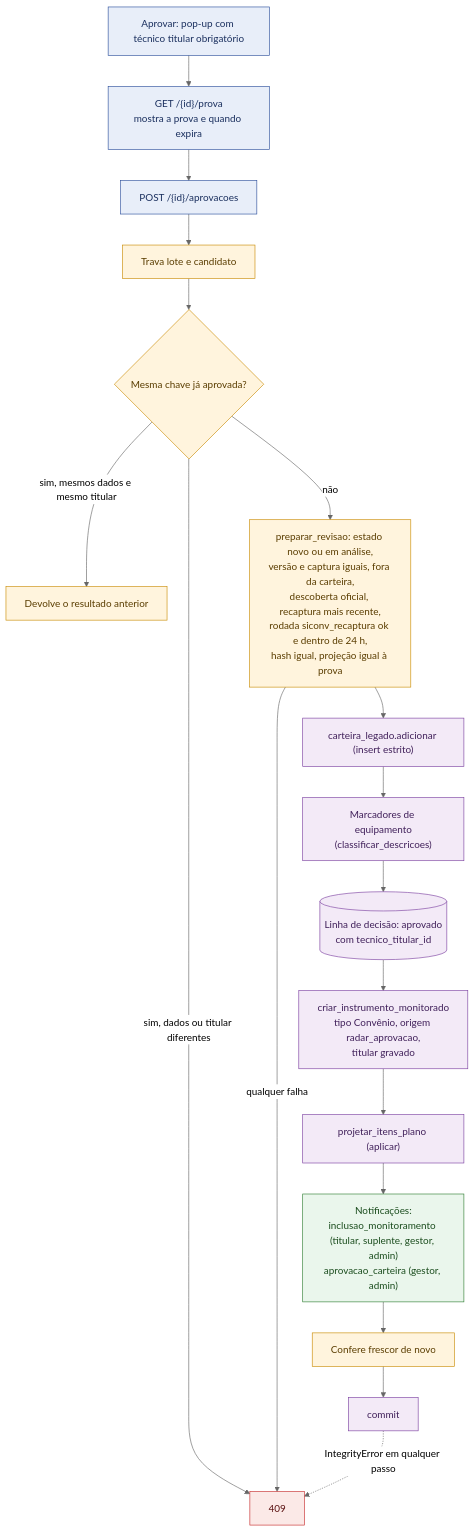
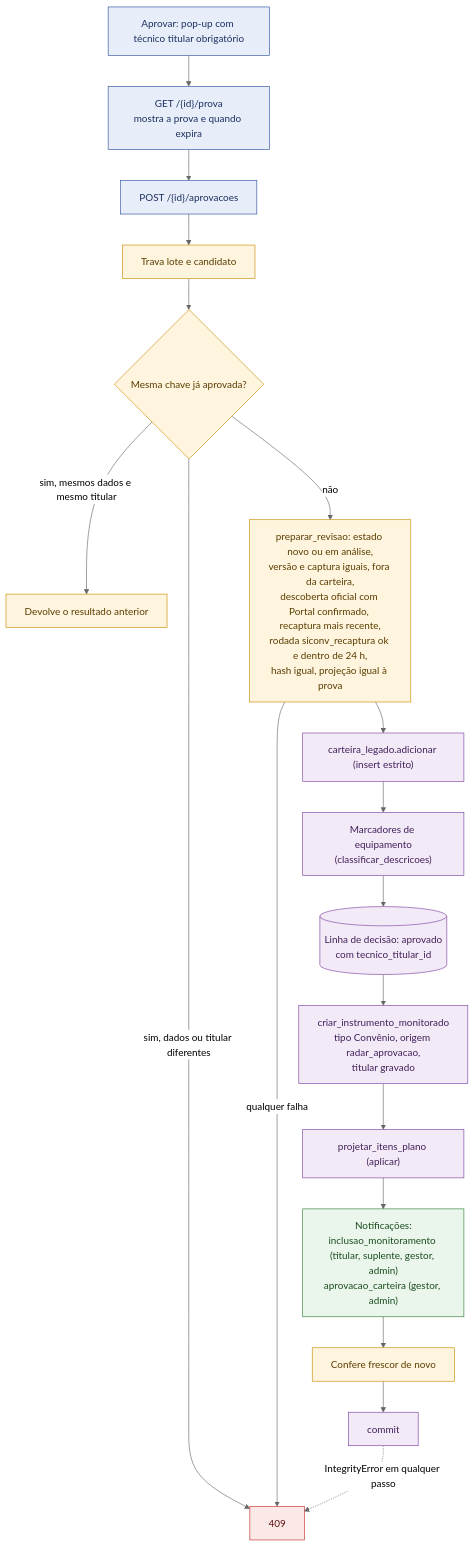
Before and after one commit to devs-ministerio/par_equipamentos: the ninth of 20 diagrams in docs/mermaid/radar-instrumentos.md, drawn with Mermaid (neutral theme). The commit also changed other lines of this file and 13 other files, not shown here.

````diff
--- a/docs/mermaid/radar-instrumentos.md
+++ b/docs/mermaid/radar-instrumentos.md
@@ -225,26 +225,26 @@
 ```mermaid
 flowchart TB
     classDef tela fill:#E8EEF9,stroke:#2A4D9B,color:#1a2f5e
     classDef regra fill:#FFF4DD,stroke:#C98A00,color:#5a3d00
     classDef dado fill:#F3EAF7,stroke:#7B3FA0,color:#40205a
     classDef erro fill:#FBE9E7,stroke:#C62828,color:#5a1010
     classDef aviso fill:#EAF6EC,stroke:#2E7D32,color:#1b4d1e
 
     UI["Aprovar: pop-up com técnico titular obrigatório"]:::tela --> PROVA["GET /{id}/prova<br/>mostra a prova e quando expira"]:::tela
     PROVA --> POST["POST /{id}/aprovacoes"]:::tela
     POST --> T1["Trava lote e candidato"]:::regra
     T1 --> RP{"Mesma chave já aprovada?"}:::regra
     RP -->|"sim, mesmos dados e mesmo titular"| IDEM["Devolve o resultado anterior"]:::regra
     RP -->|"sim, dados ou titular diferentes"| E1["409"]:::erro
-    RP -->|"não"| REV["preparar_revisao: estado novo ou em análise,<br/>versão e captura iguais, fora da carteira,<br/>descoberta oficial, recaptura mais recente,<br/>rodada siconv_recaptura ok e dentro de 24 h,<br/>hash igual, projeção igual à prova"]:::regra
+    RP -->|"não"| REV["preparar_revisao: estado novo ou em análise,<br/>versão e captura iguais, fora da carteira,<br/>descoberta oficial com Portal confirmado, recaptura mais recente,<br/>rodada siconv_recaptura ok e dentro de 24 h,<br/>hash igual, projeção igual à prova"]:::regra
     REV -->|"qualquer falha"| E1
     REV --> CART["carteira_legado.adicionar (insert estrito)"]:::dado
     CART --> MARC["Marcadores de equipamento<br/>(classificar_descricoes)"]:::dado
     MARC --> DECR[("Linha de decisão: aprovado<br/>com tecnico_titular_id")]:::dado
     DECR --> INST["criar_instrumento_monitorado<br/>tipo Convênio, origem radar_aprovacao,<br/>titular gravado"]:::dado
     INST --> ITP["projetar_itens_plano (aplicar)"]:::dado
     ITP --> NOT["Notificações:<br/>inclusao_monitoramento (titular, suplente, gestor, admin)<br/>aprovacao_carteira (gestor, admin)"]:::aviso
     NOT --> FRESC["Confere frescor de novo"]:::regra
     FRESC --> COM["commit"]:::dado
     COM -. "IntegrityError em qualquer passo" .-> E1
 ```
````
